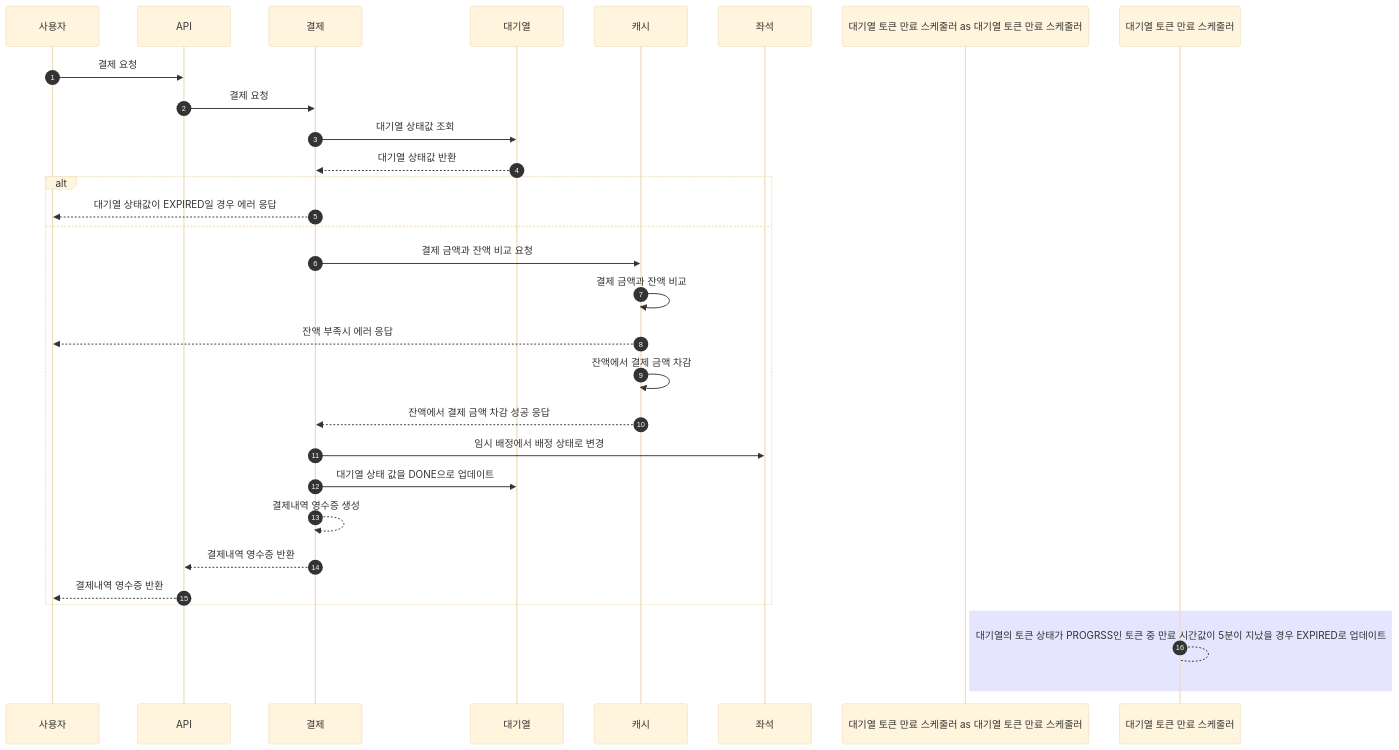
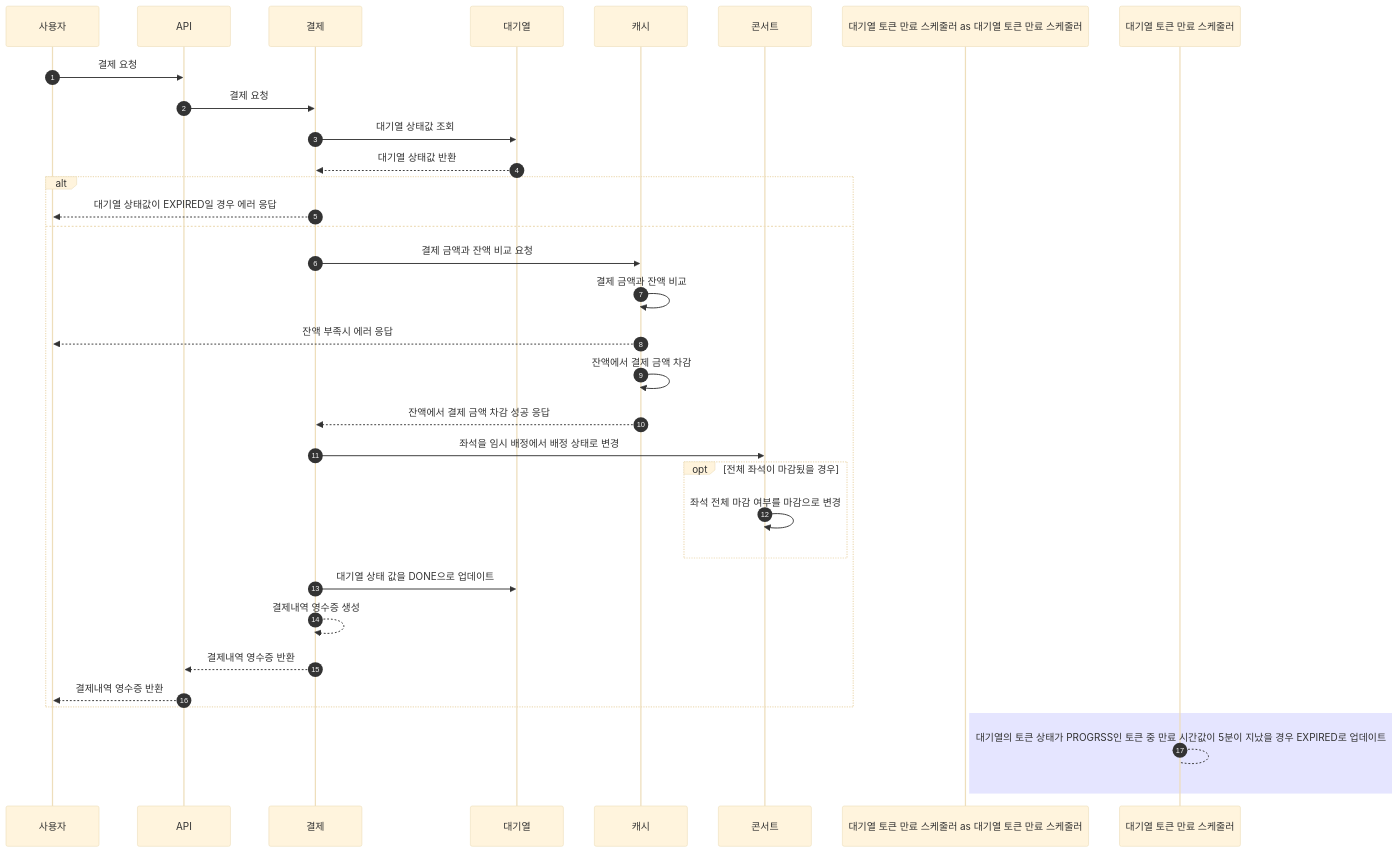
The seventh of 7 diagrams in docs/sequence.md (jikimee64/hhplus-concert), drawn with Mermaid (base theme) before and after one commit. The commit also changed 7 other files, not shown here.

````diff
--- a/docs/sequence.md
+++ b/docs/sequence.md
@@ -158,32 +158,35 @@
 ```mermaid
 sequenceDiagram
     autonumber
     participant 사용자 as 사용자
     participant API as API
     participant 결제 as 결제
     participant 대기열 as 대기열
     participant 캐시 as 캐시
-    participant 좌석 as 좌석
+    participant 콘서트 as 콘서트
     participant 대기열 토큰 만료 스케줄러 as 대기열 토큰 만료 스케줄러
     사용자 ->> API: 결제 요청
     API ->> 결제: 결제 요청
     결제 ->> 대기열: 대기열 상태값 조회
     대기열 -->> 결제: 대기열 상태값 반환
     alt
         결제 -->> 사용자: 대기열 상태값이 EXPIRED일 경우 에러 응답
     else
         결제 ->> 캐시: 결제 금액과 잔액 비교 요청
         캐시 ->> 캐시: 결제 금액과 잔액 비교
         캐시 -->> 사용자: 잔액 부족시 에러 응답
         캐시 ->> 캐시: 잔액에서 결제 금액 차감
         캐시 -->> 결제: 잔액에서 결제 금액 차감 성공 응답
-        결제 ->> 좌석: 임시 배정에서 배정 상태로 변경
+        결제 ->> 콘서트: 좌석을 임시 배정에서 배정 상태로 변경
+        opt 전체 좌석이 마감됬을 경우
+            콘서트 ->> 콘서트: 좌석 전체 마감 여부를 마감으로 변경 
+        end
         결제 ->> 대기열: 대기열 상태 값을 DONE으로 업데이트
         결제 -->> 결제: 결제내역 영수증 생성
         결제 -->> API: 결제내역 영수증 반환
         API -->> 사용자: 결제내역 영수증 반환
     end
     rect rgba(0, 0, 255, .1)
         대기열 토큰 만료 스케줄러 --> 대기열 토큰 만료 스케줄러: 대기열의 토큰 상태가 PROGRSS인 토큰 중 만료 시간값이 5분이 지났을 경우 EXPIRED로 업데이트
     end
 ```
````
